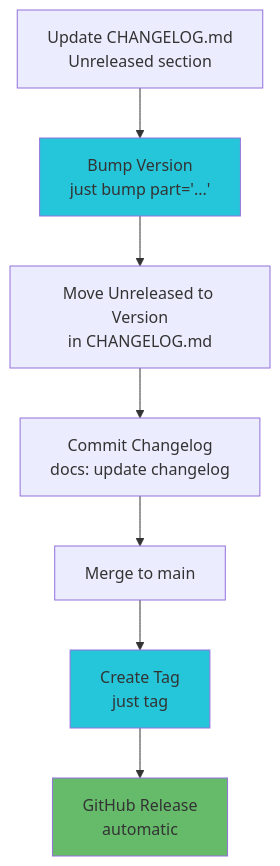
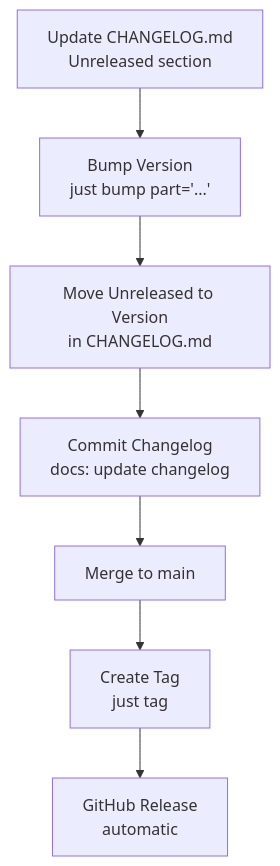
The diagram in docs/guides/release-workflow.md (balakmran/fastapi-backend), drawn with Mermaid before and after one commit. The commit also changed 23 other files, not shown here.

````diff
--- a/docs/guides/release-workflow.md
+++ b/docs/guides/release-workflow.md
@@ -19,13 +19,9 @@
 ```mermaid
 graph TD
     A[Update CHANGELOG.md<br/>Unreleased section] --> B[Bump Version<br/>just bump part='...']
     B --> C[Move Unreleased to Version<br/>in CHANGELOG.md]
     C --> D[Commit Changelog<br/>docs: update changelog]
     D --> E[Merge to main]
     E --> F[Create Tag<br/>just tag]
     F --> G[GitHub Release<br/>automatic]
-
-    style B fill:#26C6DA
-    style F fill:#26C6DA
-    style G fill:#66BB6A
 ```
````
